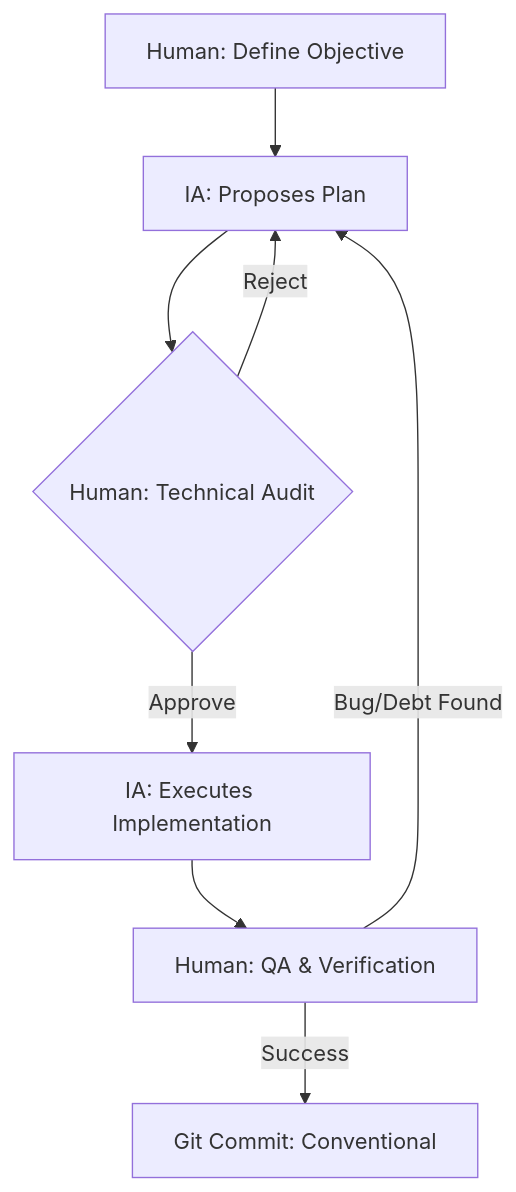
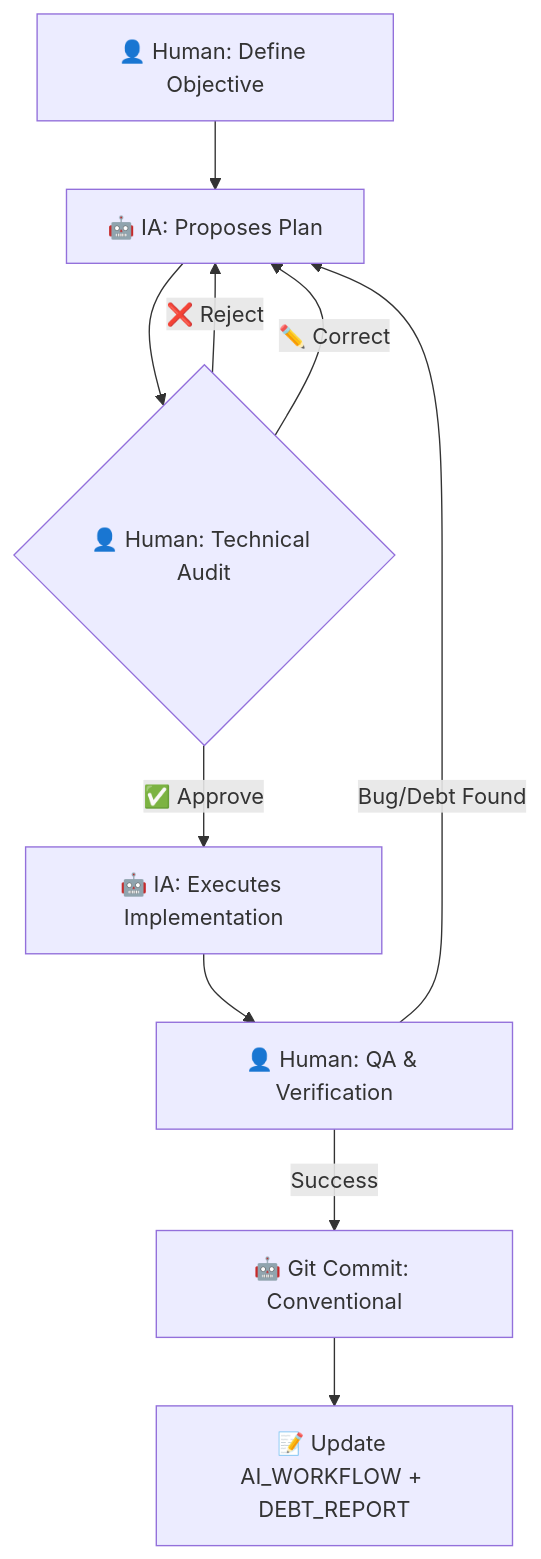
Before and after one commit to jhorman10/IA_P1_Fork: the diagram in AI_WORKFLOW.md, drawn with Mermaid. The commit also changed other lines of this file, not shown here.

First line of the commit message:
docs: comprehensive rewrite of AI_WORKFLOW.md with full traceability

````diff
--- a/AI_WORKFLOW.md
+++ b/AI_WORKFLOW.md
@@ -15,10 +15,12 @@
 ```mermaid
 graph TD
-    A[Human: Define Objective] --> B[IA: Proposes Plan]
-    B --> C{Human: Technical Audit}
-    C -- Reject --> B
-    C -- Approve --> D[IA: Executes Implementation]
-    D --> E[Human: QA & Verification]
+    A[👤 Human: Define Objective] --> B[🤖 IA: Proposes Plan]
+    B --> C{👤 Human: Technical Audit}
+    C -- ❌ Reject --> B
+    C -- ✏️ Correct --> B
+    C -- ✅ Approve --> D[🤖 IA: Executes Implementation]
+    D --> E[👤 Human: QA & Verification]
     E -- Bug/Debt Found --> B
-    E -- Success --> F[Git Commit: Conventional]
+    E -- Success --> F[🤖 Git Commit: Conventional]
+    F --> G[📝 Update AI_WORKFLOW + DEBT_REPORT]
 ```
````
